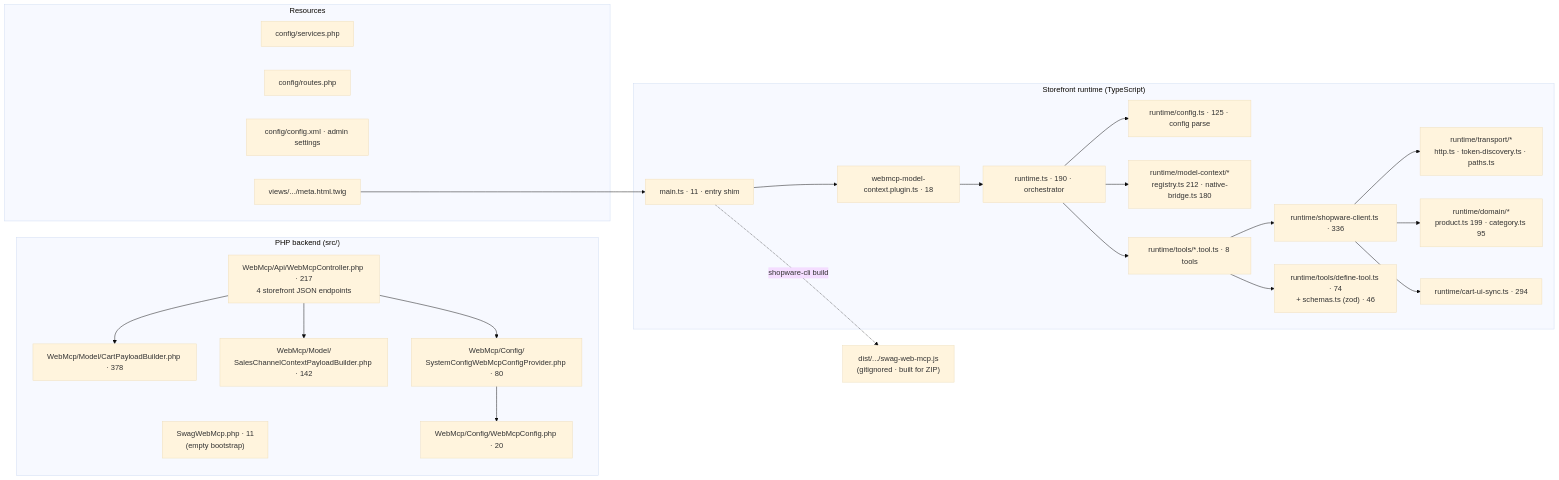
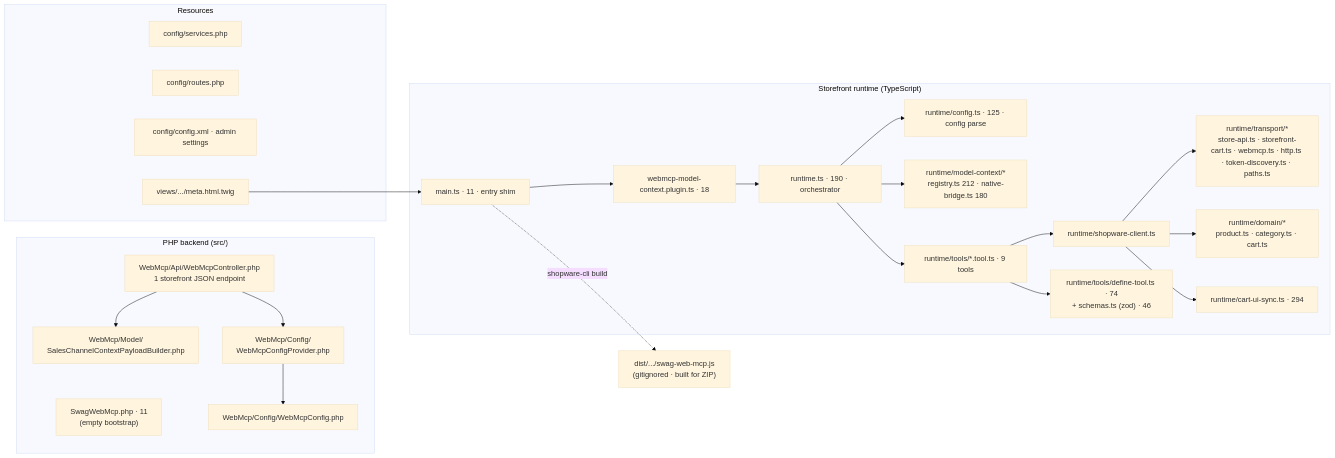
The second of 5 diagrams in docs/Architecture.md (agentic-commerce-lab/webmcp-plugin), drawn with Mermaid (base theme) before and after one commit. The commit also changed other lines of this file and 19 other files, not shown here.

First line of the commit message:
Drive the cart over session-based storefront routes (#23)

````diff
--- a/docs/Architecture.md
+++ b/docs/Architecture.md
@@ -74,49 +72,47 @@
 ```mermaid
 graph LR
     subgraph PHP["PHP backend (src/)"]
         Boot["SwagWebMcp.php · 11<br/>(empty bootstrap)"]
-        Ctrl["WebMcp/Api/WebMcpController.php · 217<br/>4 storefront JSON endpoints"]
-        CfgP["WebMcp/Config/<br/>SystemConfigWebMcpConfigProvider.php · 80"]
-        CfgDTO["WebMcp/Config/WebMcpConfig.php · 20"]
-        Cart["WebMcp/Model/CartPayloadBuilder.php · 378"]
-        Scc["WebMcp/Model/<br/>SalesChannelContextPayloadBuilder.php · 142"]
+        Ctrl["WebMcp/Api/WebMcpController.php<br/>1 storefront JSON endpoint"]
+        CfgP["WebMcp/Config/<br/>WebMcpConfigProvider.php"]
+        CfgDTO["WebMcp/Config/WebMcpConfig.php"]
+        Scc["WebMcp/Model/<br/>SalesChannelContextPayloadBuilder.php"]
     end
 
     subgraph Res["Resources"]
         Services["config/services.php"]
         Routes["config/routes.php"]
         Xml["config/config.xml · admin settings"]
         Meta["views/.../meta.html.twig"]
     end
 
     subgraph TS["Storefront runtime (TypeScript)"]
         Main["main.ts · 11 · entry shim"]
         Plug["webmcp-model-context.plugin.ts · 18"]
         RT["runtime.ts · 190 · orchestrator"]
         Cfg["runtime/config.ts · 125 · config parse"]
         MC["runtime/model-context/*<br/>registry.ts 212 · native-bridge.ts 180"]
-        Trans["runtime/transport/*<br/>http.ts · token-discovery.ts · paths.ts"]
-        Dom["runtime/domain/*<br/>product.ts 199 · category.ts 95"]
-        SWClient["runtime/shopware-client.ts · 336"]
+        Trans["runtime/transport/*<br/>store-api.ts · storefront-cart.ts · webmcp.ts · http.ts · token-discovery.ts · paths.ts"]
+        Dom["runtime/domain/*<br/>product.ts · category.ts · cart.ts"]
+        SWClient["runtime/shopware-client.ts"]
         Sync["runtime/cart-ui-sync.ts · 294"]
         Factory["runtime/tools/define-tool.ts · 74<br/>+ schemas.ts (zod) · 46"]
-        Tools["runtime/tools/*.tool.ts · 8 tools"]
+        Tools["runtime/tools/*.tool.ts · 9 tools"]
     end
 
     Dist["dist/.../swag-web-mcp.js<br/>(gitignored · built for ZIP)"]
 
     Meta --> Main --> Plug --> RT
     RT --> Cfg
     RT --> MC
     RT --> Tools
     Tools --> Factory
     Tools --> SWClient
     SWClient --> Trans
     SWClient --> Dom
     SWClient --> Sync
-    Ctrl --> Cart
     Ctrl --> Scc
     Ctrl --> CfgP
     CfgP --> CfgDTO
     Main -.->|shopware-cli build| Dist
 ```
````
